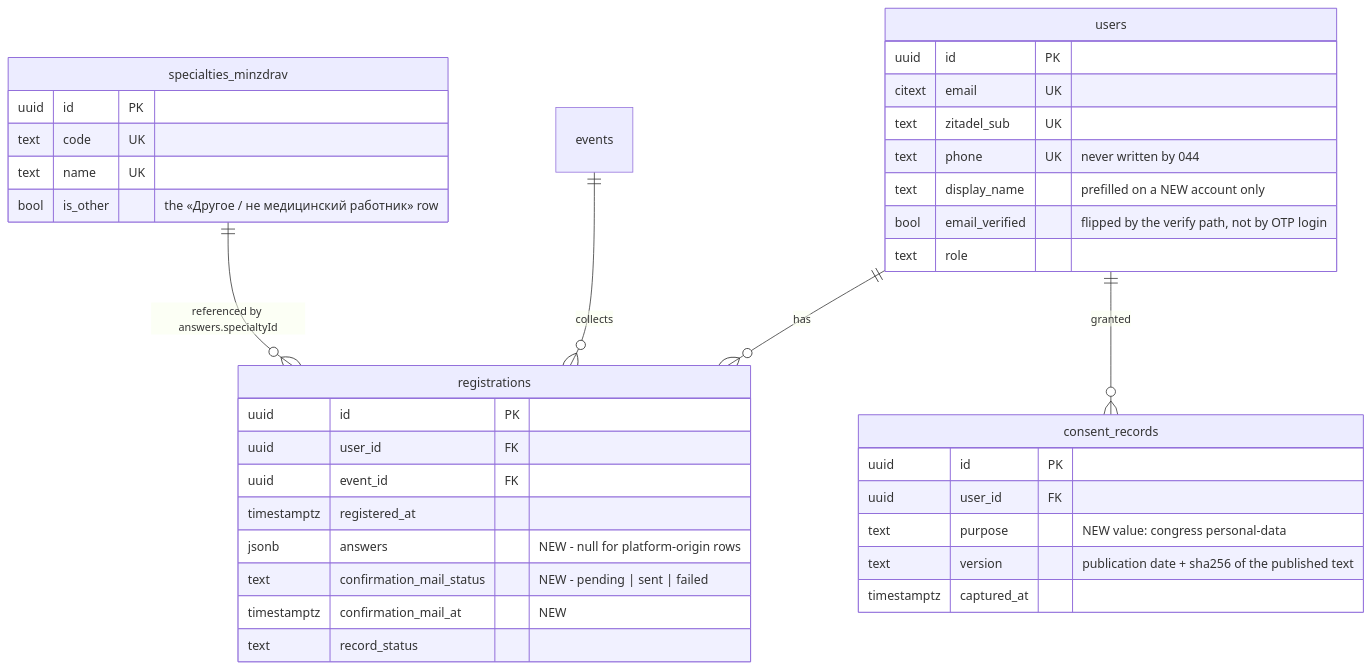
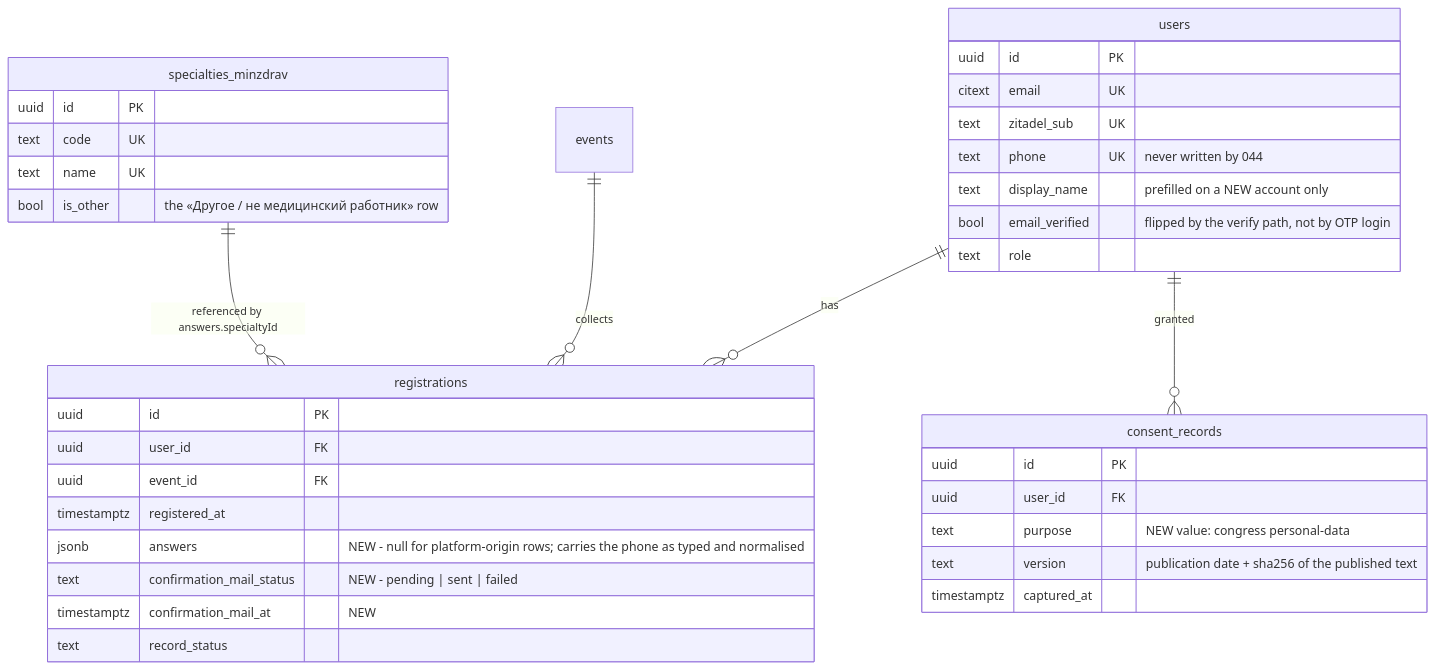
One commit to doctor-school/ds-platform changed the fifth of 5 diagrams in apps/docs/content/specs/features/044-congress-signup/044-design.md. Above: the diagram before and after it, drawn with Mermaid. The commit also changed other lines of this file and 7 other files, not shown here.

````diff
--- a/apps/docs/content/specs/features/044-congress-signup/044-design.md
+++ b/apps/docs/content/specs/features/044-congress-signup/044-design.md
@@ -144,43 +163,43 @@
 ```mermaid
 erDiagram
     users ||--o{ registrations : "has"
     users ||--o{ consent_records : "granted"
     events ||--o{ registrations : "collects"
     specialties_minzdrav ||--o{ registrations : "referenced by answers.specialtyId"
 
     users {
         uuid id PK
         citext email UK
         text zitadel_sub UK
         text phone UK "never written by 044"
         text display_name "prefilled on a NEW account only"
         bool email_verified "flipped by the verify path, not by OTP login"
         text role
     }
 
     registrations {
         uuid id PK
         uuid user_id FK
         uuid event_id FK
         timestamptz registered_at
-        jsonb answers "NEW - null for platform-origin rows"
+        jsonb answers "NEW - null for platform-origin rows; carries the phone as typed and normalised"
         text confirmation_mail_status "NEW - pending | sent | failed"
         timestamptz confirmation_mail_at "NEW"
         text record_status
     }
 
     consent_records {
         uuid id PK
         uuid user_id FK
         text purpose "NEW value: congress personal-data"
         text version "publication date + sha256 of the published text"
         timestamptz captured_at
     }
 
     specialties_minzdrav {
         uuid id PK
         text code UK
         text name UK
         bool is_other "the «Другое / не медицинский работник» row"
     }
 ```
````
